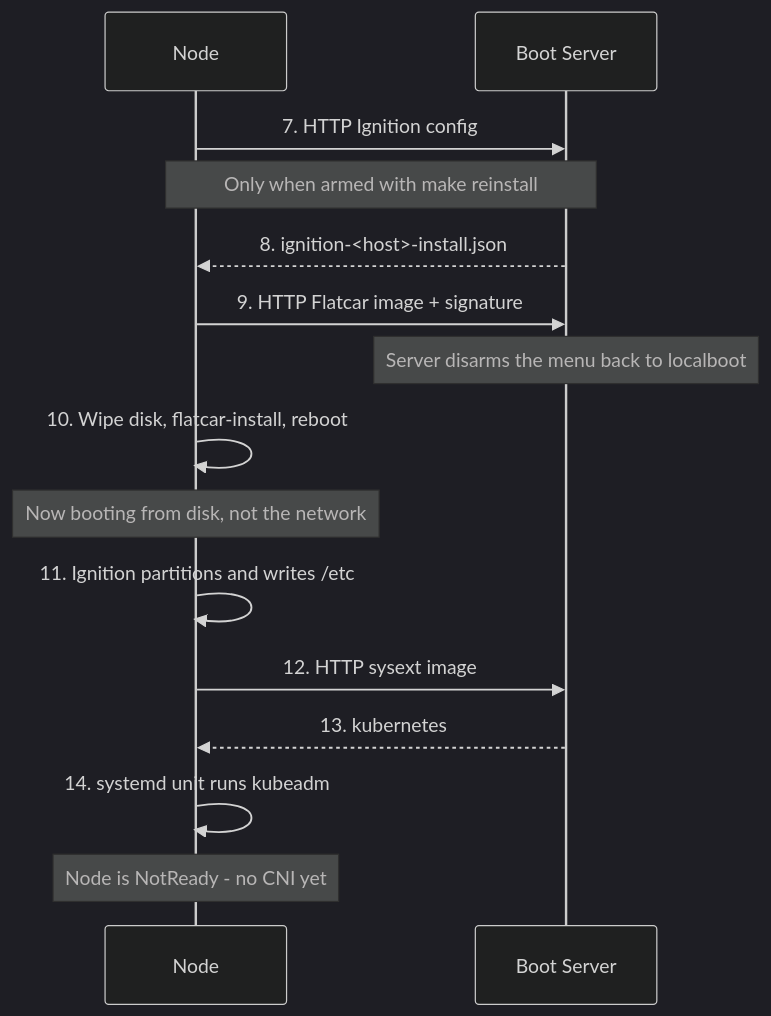
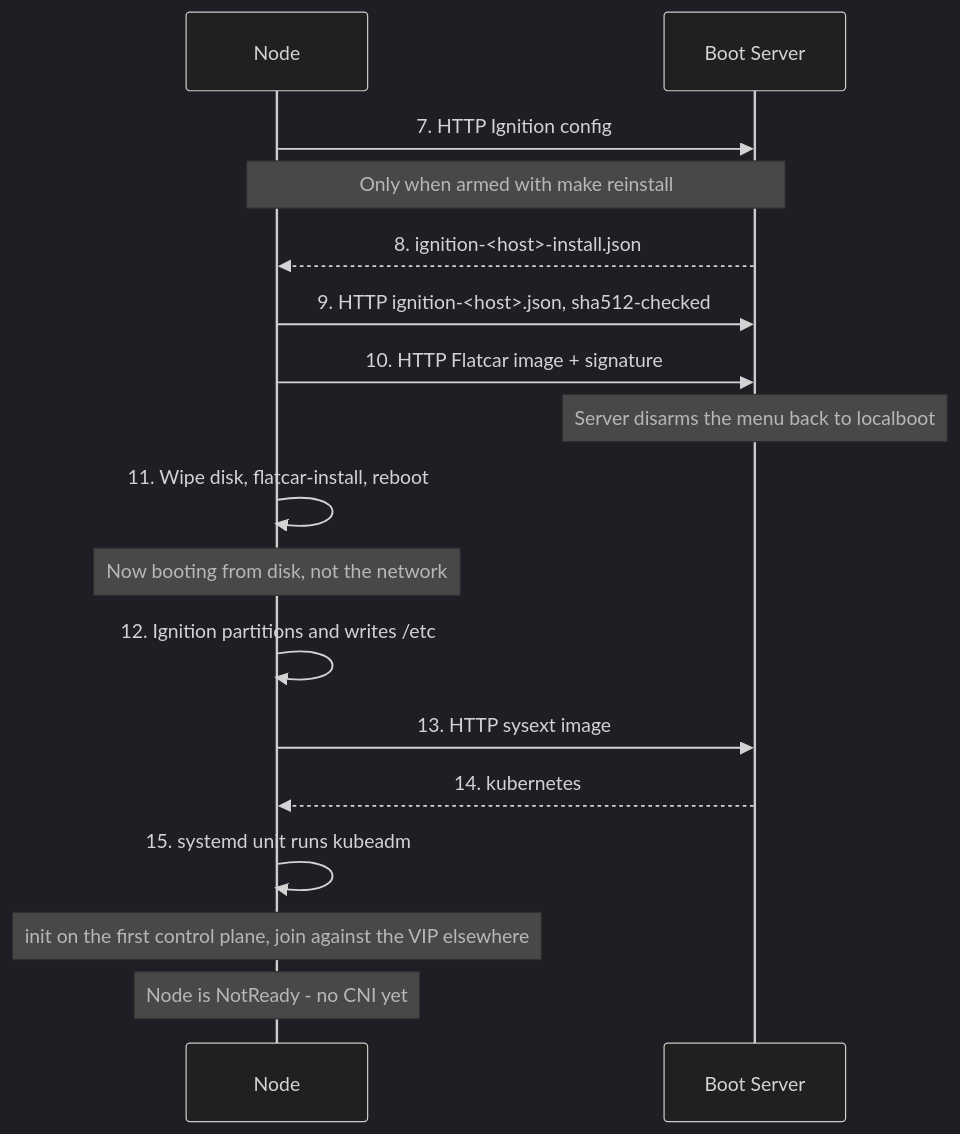
One commit to JanWelker/homelab changed the second of 3 diagrams in docs/architecture/boot-process.md. Above: the diagram before and after it, drawn with Mermaid (dark theme). The commit also changed other lines of this file and 46 other files, not shown here.

````diff
--- a/docs/architecture/boot-process.md
+++ b/docs/architecture/boot-process.md
@@ -54,18 +54,20 @@
 ```mermaid
 sequenceDiagram
     participant Node
     participant Server as Boot Server
 
     Node->>Server: 7. HTTP Ignition config
     Note over Node,Server: Only when armed with make reinstall
     Server-->>Node: 8. ignition-<host>-install.json
-    Node->>Server: 9. HTTP Flatcar image + signature
+    Node->>Server: 9. HTTP ignition-<host>.json, sha512-checked
+    Node->>Server: 10. HTTP Flatcar image + signature
     Note over Server: Server disarms the menu back to localboot
-    Node->>Node: 10. Wipe disk, flatcar-install, reboot
+    Node->>Node: 11. Wipe disk, flatcar-install, reboot
     Note over Node: Now booting from disk, not the network
-    Node->>Node: 11. Ignition partitions and writes /etc
-    Node->>Server: 12. HTTP sysext image
-    Server-->>Node: 13. kubernetes
-    Node->>Node: 14. systemd unit runs kubeadm
+    Node->>Node: 12. Ignition partitions and writes /etc
+    Node->>Server: 13. HTTP sysext image
+    Server-->>Node: 14. kubernetes
+    Node->>Node: 15. systemd unit runs kubeadm
+    Note over Node: init on the first control plane, join against the VIP elsewhere
     Note over Node: Node is NotReady - no CNI yet
 ```
````
